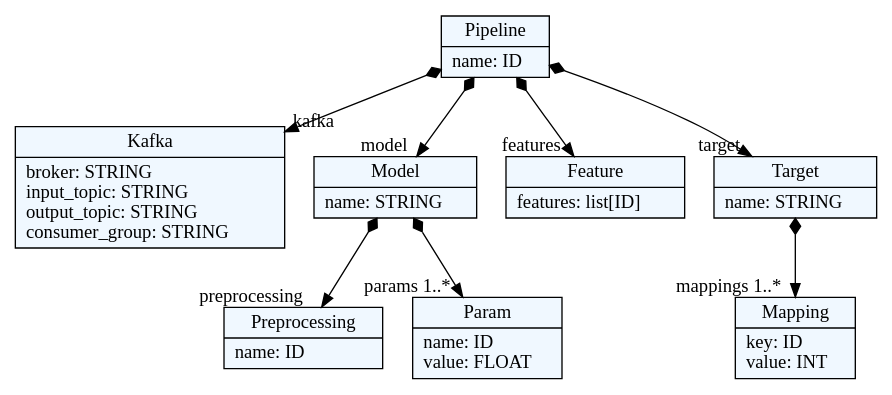
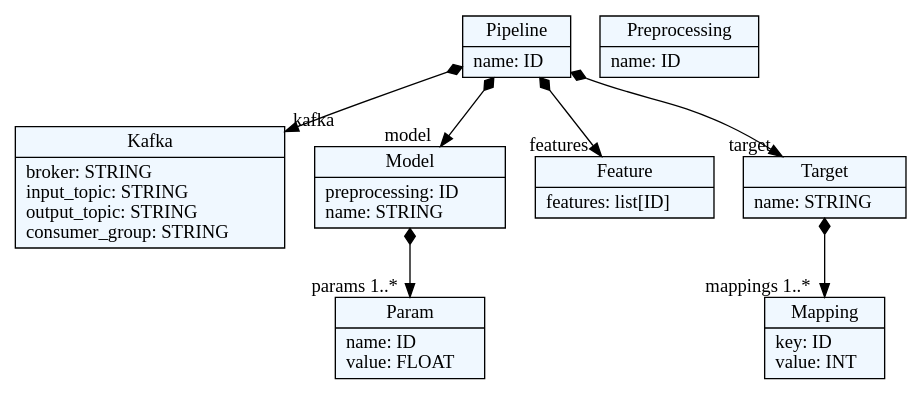
One commit to deepblue597/beaver changed the diagram in wikimedia_dsl/jsl.dot. Above: the diagram before and after it, drawn with Graphviz. The commit also changed 3 other files, not shown here.

```diff
--- a/wikimedia_dsl/jsl.dot
+++ b/wikimedia_dsl/jsl.dot
@@ -1,40 +1,39 @@
 
     digraph textX {
     fontname = "Bitstream Vera Sans"
     fontsize = 8
     node[
         shape=record,
         style=filled,
         fillcolor=aliceblue
     ]
     nodesep = 0.3
     edge[dir=black,arrowtail=empty]
 
 
-132042995751616[ label="{Pipeline|name: ID\l}"]
+135714751273856[ label="{Pipeline|name: ID\l}"]
 
-132042995749408[ label="{Kafka|broker: STRING\linput_topic: STRING\loutput_topic: STRING\lconsumer_group: STRING\l}"]
+135714751269248[ label="{Kafka|broker: STRING\linput_topic: STRING\loutput_topic: STRING\lconsumer_group: STRING\l}"]
 
-132042995747344[ label="{Model|name: STRING\l}"]
+135714751280384[ label="{Model|preprocessing: ID\lname: STRING\l}"]
 
-132042995744992[ label="{Preprocessing|name: ID\l}"]
+135714751278896[ label="{Preprocessing|name: ID\l}"]
 
-132042995749072[ label="{Param|name: ID\lvalue: FLOAT\l}"]
+135714751271792[ label="{Param|name: ID\lvalue: FLOAT\l}"]
 
-132042995878080[ label="{Feature|features: list[ID]\l}"]
+135714751400992[ label="{Feature|features: list[ID]\l}"]
 
-132042995878320[ label="{Target|name: STRING\l}"]
+135714751400416[ label="{Target|name: STRING\l}"]
 
-132042995878656[ label="{Mapping|key: ID\lvalue: INT\l}"]
+135714751401712[ label="{Mapping|key: ID\lvalue: INT\l}"]
 
 
 
-132042995751616 -> 132042995749408[arrowtail=diamond, dir=both, headlabel="kafka "]
-132042995751616 -> 132042995747344[arrowtail=diamond, dir=both, headlabel="model "]
-132042995751616 -> 132042995878080[arrowtail=diamond, dir=both, headlabel="features "]
-132042995751616 -> 132042995878320[arrowtail=diamond, dir=both, headlabel="target "]
-132042995747344 -> 132042995744992[arrowtail=diamond, dir=both, headlabel="preprocessing "]
-132042995747344 -> 132042995749072[arrowtail=diamond, dir=both, headlabel="params 1..*"]
-132042995878320 -> 132042995878656[arrowtail=diamond, dir=both, headlabel="mappings 1..*"]
+135714751273856 -> 135714751269248[arrowtail=diamond, dir=both, headlabel="kafka "]
+135714751273856 -> 135714751280384[arrowtail=diamond, dir=both, headlabel="model "]
+135714751273856 -> 135714751400992[arrowtail=diamond, dir=both, headlabel="features "]
+135714751273856 -> 135714751400416[arrowtail=diamond, dir=both, headlabel="target "]
+135714751280384 -> 135714751271792[arrowtail=diamond, dir=both, headlabel="params 1..*"]
+135714751400416 -> 135714751401712[arrowtail=diamond, dir=both, headlabel="mappings 1..*"]
 
 }
```
